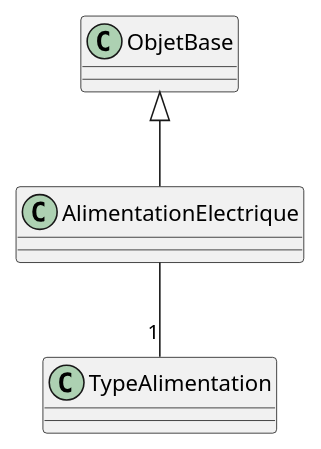
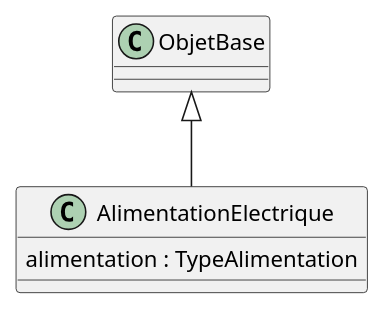
The diagram in alimentationElectrique.iuml (beerfactory/brewbox-uml), drawn with PlantUML before and after one commit. The commit also changed other lines of this file and 3 other files, not shown here.

```diff
--- a/alimentationElectrique.iuml
+++ b/alimentationElectrique.iuml
@@ -1,6 +1,5 @@
 class AlimentationElectrique {
-	
+	alimentation : TypeAlimentation
 }
 
 ObjetBase <|-- AlimentationElectrique
-AlimentationElectrique -- "1" TypeAlimentation
```
